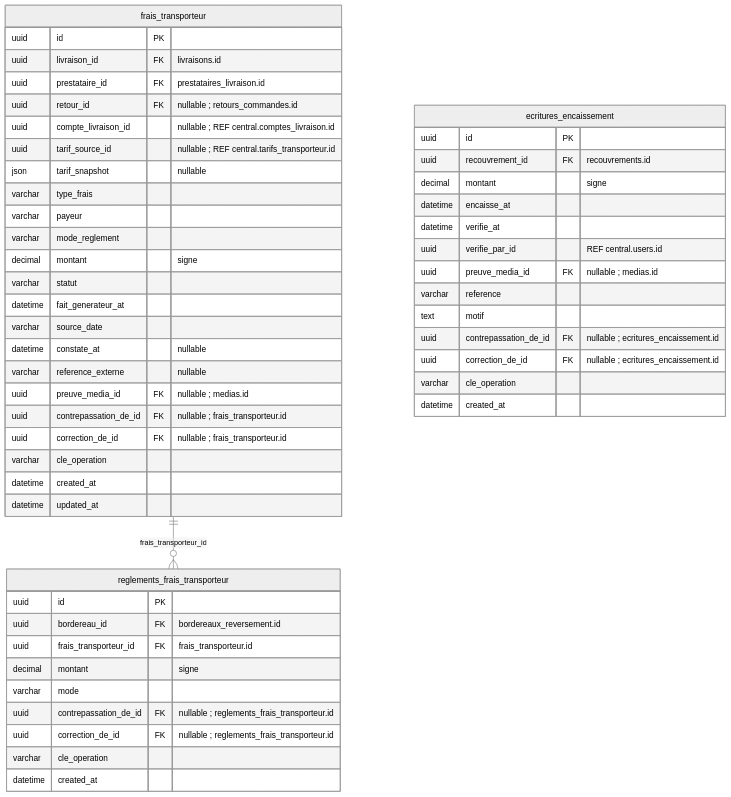
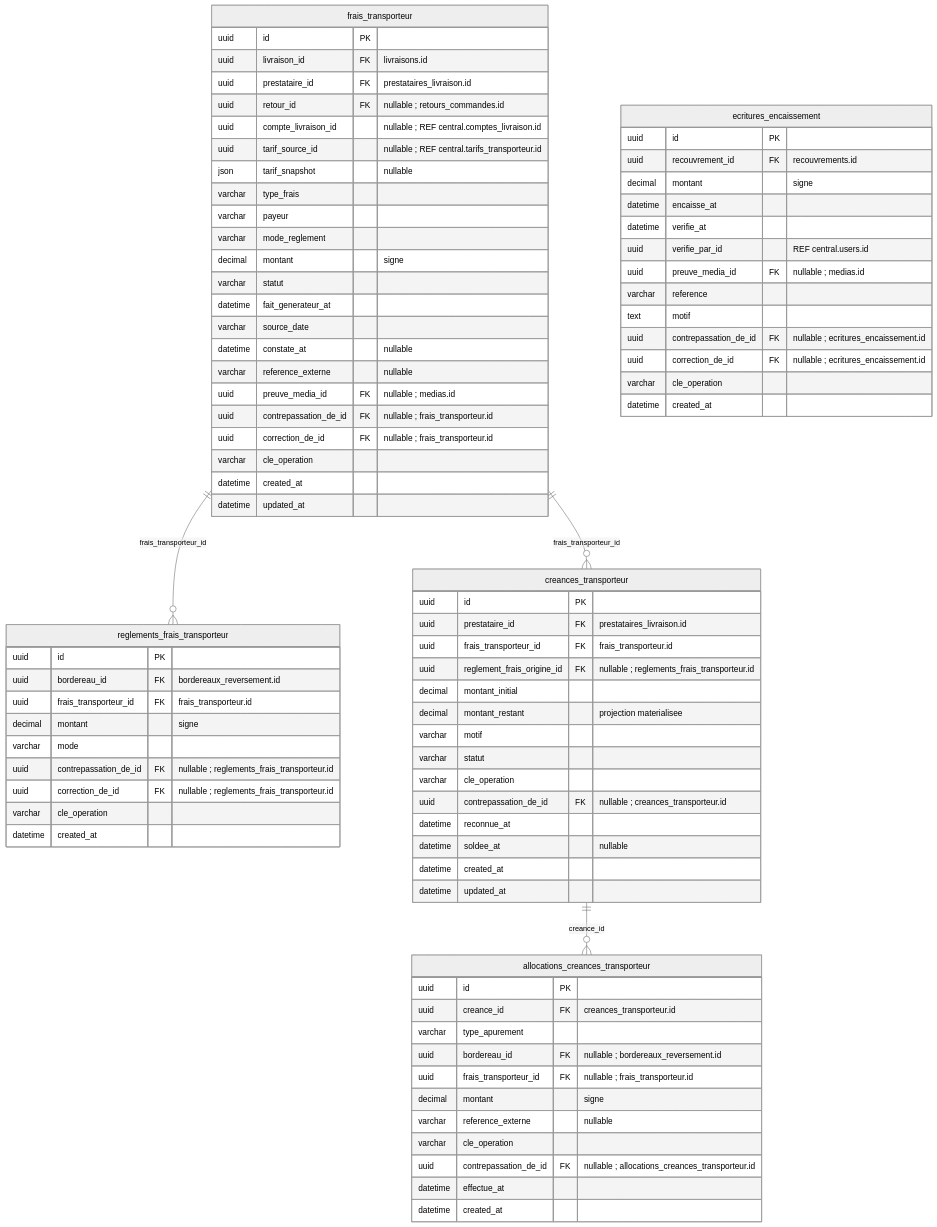
Before and after one commit to unitealfa/saas-ecom: diagram 30 of 37 in Schema-BDD-SaaS-Ecommerce-UUID.md, drawn with Mermaid (neutral theme). The commit also changed other lines of this file, not shown here.

````diff
--- a/Schema-BDD-SaaS-Ecommerce-UUID.md
+++ b/Schema-BDD-SaaS-Ecommerce-UUID.md
@@ -2333,6 +2365,35 @@
         varchar cle_operation
         datetime created_at
     }
+    creances_transporteur {
+        uuid id PK
+        uuid prestataire_id FK "prestataires_livraison.id"
+        uuid frais_transporteur_id FK "frais_transporteur.id"
+        uuid reglement_frais_origine_id FK "nullable ; reglements_frais_transporteur.id"
+        decimal montant_initial
+        decimal montant_restant "projection materialisee"
+        varchar motif
+        varchar statut
+        varchar cle_operation
+        uuid contrepassation_de_id FK "nullable ; creances_transporteur.id"
+        datetime reconnue_at
+        datetime soldee_at "nullable"
+        datetime created_at
+        datetime updated_at
+    }
+    allocations_creances_transporteur {
+        uuid id PK
+        uuid creance_id FK "creances_transporteur.id"
+        varchar type_apurement
+        uuid bordereau_id FK "nullable ; bordereaux_reversement.id"
+        uuid frais_transporteur_id FK "nullable ; frais_transporteur.id"
+        decimal montant "signe"
+        varchar reference_externe "nullable"
+        varchar cle_operation
+        uuid contrepassation_de_id FK "nullable ; allocations_creances_transporteur.id"
+        datetime effectue_at
+        datetime created_at
+    }
     ecritures_encaissement {
         uuid id PK
         uuid recouvrement_id FK "recouvrements.id"
@@ -2349,4 +2410,6 @@
         datetime created_at
     }
     frais_transporteur ||--o{ reglements_frais_transporteur : frais_transporteur_id
+    frais_transporteur ||--o{ creances_transporteur : frais_transporteur_id
+    creances_transporteur ||--o{ allocations_creances_transporteur : creance_id
 ```
````
